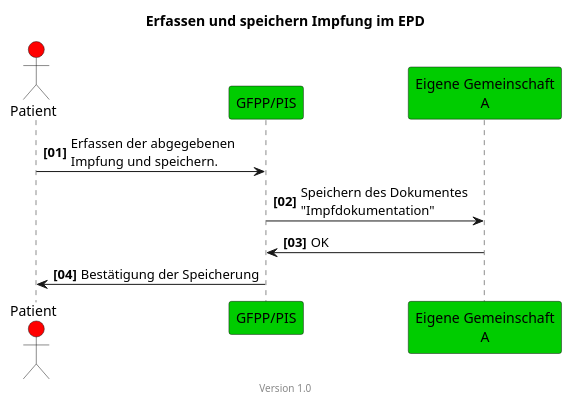
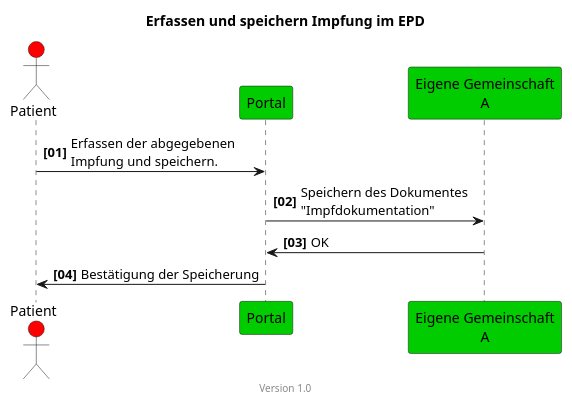
The diagram in input/images-source/epd-immunizationadmin-vaccination-doc-simple-patient-de.plantuml (hl7ch/ch-vacd), drawn with PlantUML before and after one commit. The commit also changed 11 other files, not shown here.

Commit message:
#194 precise and fix the sequence diagrams. remove pseudonomise and change GFPP/PIS for patient to Portal

```diff
--- a/input/images-source/epd-immunizationadmin-vaccination-doc-simple-patient-de.plantuml
+++ b/input/images-source/epd-immunizationadmin-vaccination-doc-simple-patient-de.plantuml
@@ -1,18 +1,18 @@
 @startuml
 title Erfassen und speichern Impfung im EPD
 footer Version 1.0
 skinparam responseMessageBelowArrow true
 scale max 800 width
 
 actor Patient #red
-participant "GFPP/PIS" #00CC00
+participant "Portal" #00CC00
 participant "Eigene Gemeinschaft\nA" #00CC00
 
 autonumber "<b>[00]"
-Patient -> "GFPP/PIS": Erfassen der abgegebenen \nImpfung und speichern.
-"GFPP/PIS" -> "Eigene Gemeinschaft\nA": Speichern des Dokumentes\n"Impfdokumentation"
-"Eigene Gemeinschaft\nA" -> "GFPP/PIS": OK
+Patient -> "Portal": Erfassen der abgegebenen \nImpfung und speichern.
+"Portal" -> "Eigene Gemeinschaft\nA": Speichern des Dokumentes\n"Impfdokumentation"
+"Eigene Gemeinschaft\nA" -> "Portal": OK
 
-"GFPP/PIS" -> Patient: Bestätigung der Speicherung
+"Portal" -> Patient: Bestätigung der Speicherung
 
 @enduml
```
